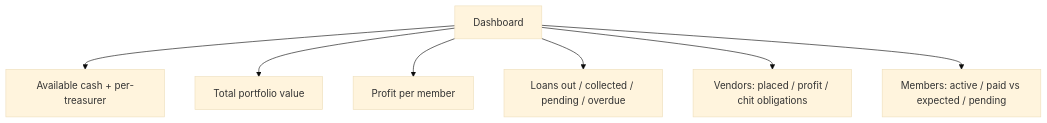
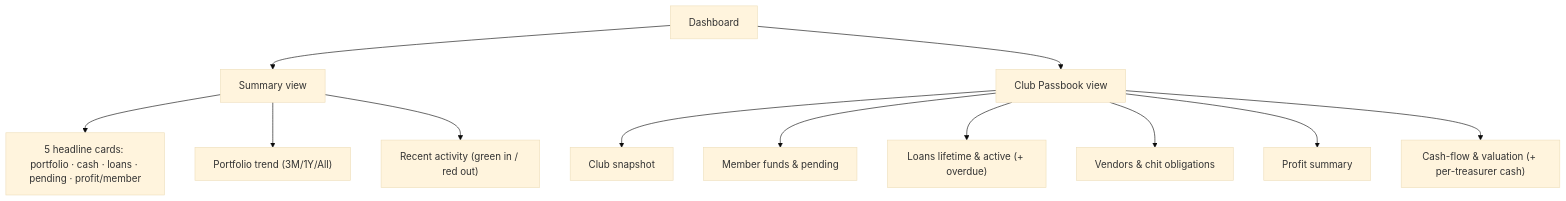
Diagram 12 of 12 in docs/PRODUCT.md (iam-hussain/peacock), drawn with Mermaid (base theme) before and after one commit. The commit also changed other lines of this file and 1 other file, not shown here.

First line of the commit message:
Flesh out dashboard spec; complete & correct transaction types

````diff
--- a/docs/PRODUCT.md
+++ b/docs/PRODUCT.md
@@ -465,9 +548,14 @@
 ```mermaid
 flowchart TD
-  DASH["Dashboard"] --> CASH["Available cash + per-treasurer"]
-  DASH --> VALUE["Total portfolio value"]
-  DASH --> PPM["Profit per member"]
-  DASH --> LOANS["Loans out / collected / pending / overdue"]
-  DASH --> VEND["Vendors: placed / profit / chit obligations"]
-  DASH --> MEM["Members: active / paid vs expected / pending"]
+  DASH["Dashboard"] --> SUM["Summary view"]
+  DASH --> PB["Club Passbook view"]
+  SUM --> CARDS["5 headline cards: portfolio · cash · loans · pending · profit/member"]
+  SUM --> CHART["Portfolio trend (3M/1Y/All)"]
+  SUM --> FEED["Recent activity (green in / red out)"]
+  PB --> SNAP["Club snapshot"]
+  PB --> MF["Member funds & pending"]
+  PB --> LN["Loans lifetime & active (+ overdue)"]
+  PB --> VN["Vendors & chit obligations"]
+  PB --> PR["Profit summary"]
+  PB --> CF["Cash-flow & valuation (+ per-treasurer cash)"]
 ```
````
